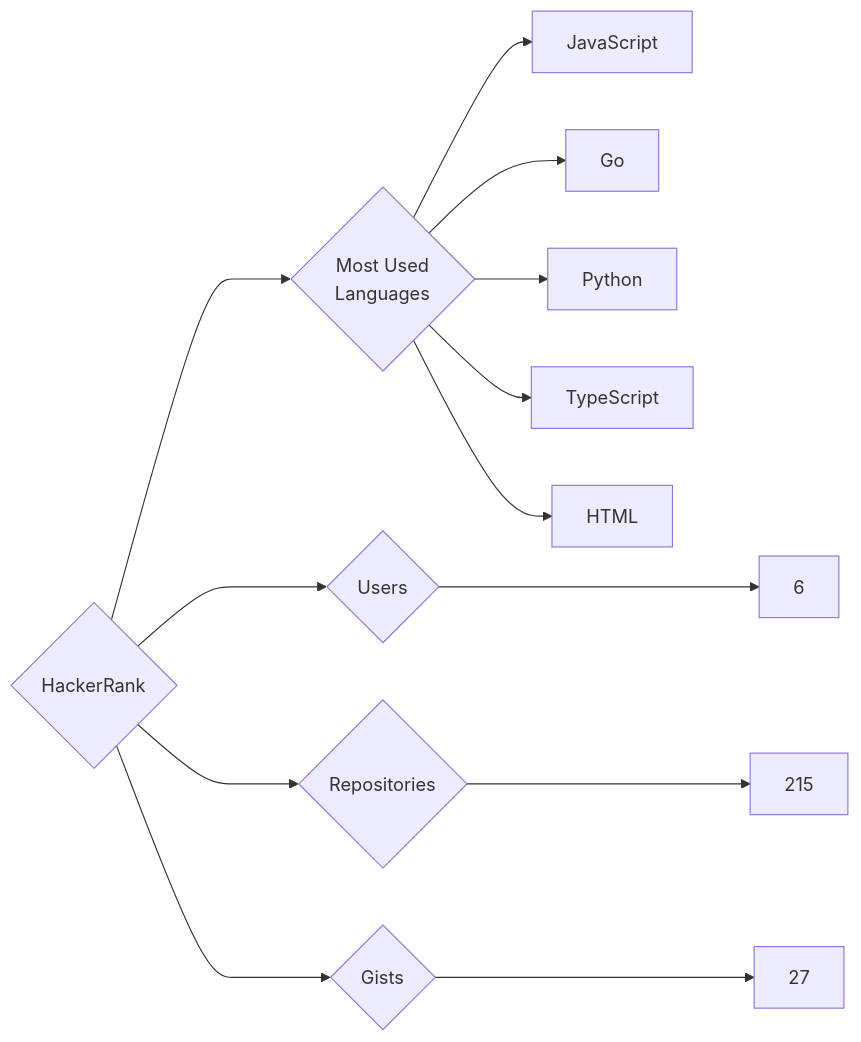
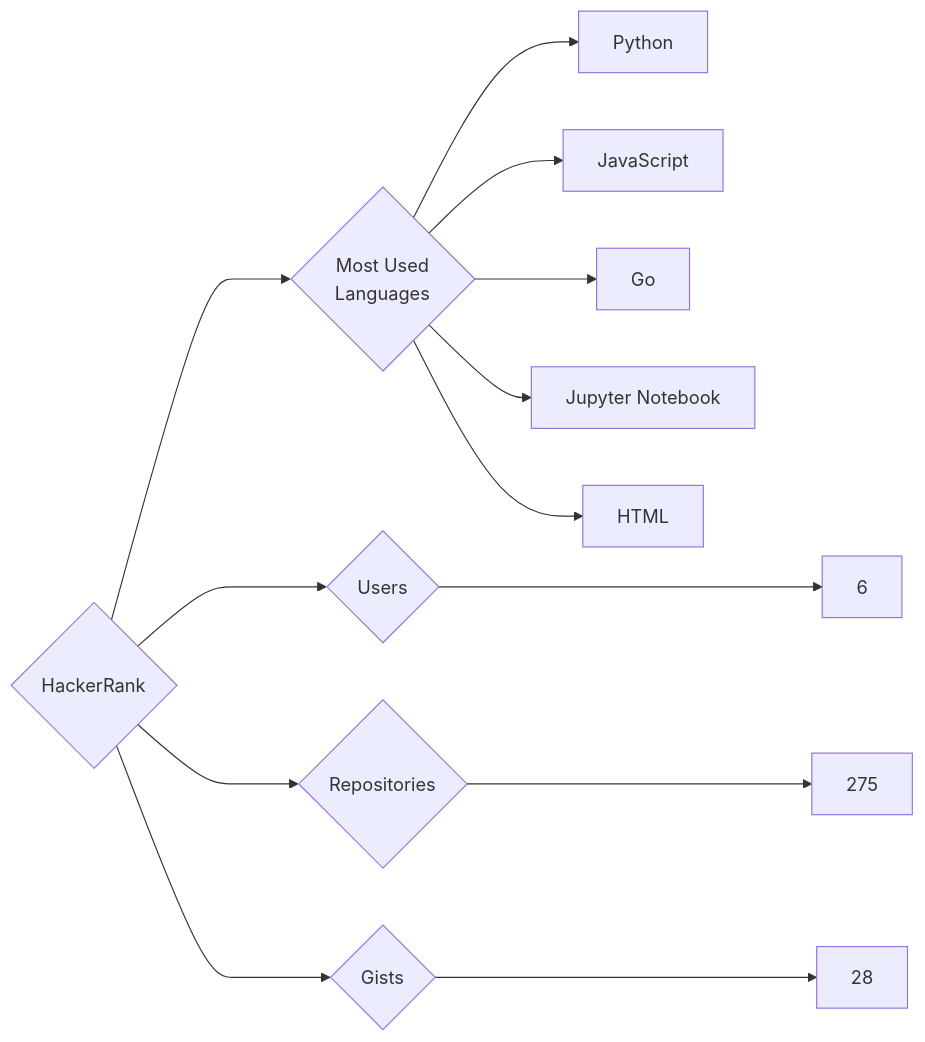
The diagram in targets/HackerRank/README.md (trickest/insiders), drawn with Mermaid before and after one commit. The commit also changed 938 other files, not shown here.

````diff
--- a/targets/HackerRank/README.md
+++ b/targets/HackerRank/README.md
@@ -3,13 +3,13 @@
 ```mermaid
 graph LR
 COMPANY_NAME{HackerRank}
 COMPANY_NAME ---> U{Users} ---> UN[6]
-COMPANY_NAME ---> R{Repositories} ---> RN[215]
-COMPANY_NAME ---> G{Gists} ---> GN[27]
+COMPANY_NAME ---> R{Repositories} ---> RN[275]
+COMPANY_NAME ---> G{Gists} ---> GN[28]
 COMPANY_NAME ---> ML{Most Used<br>Languages}
+ML --> Python[Python]
 ML --> JavaScript[JavaScript]
 ML --> Go[Go]
-ML --> Python[Python]
-ML --> TypeScript[TypeScript]
+ML --> Jupyter_Notebook[Jupyter Notebook]
 ML --> HTML[HTML]
 ```
````
